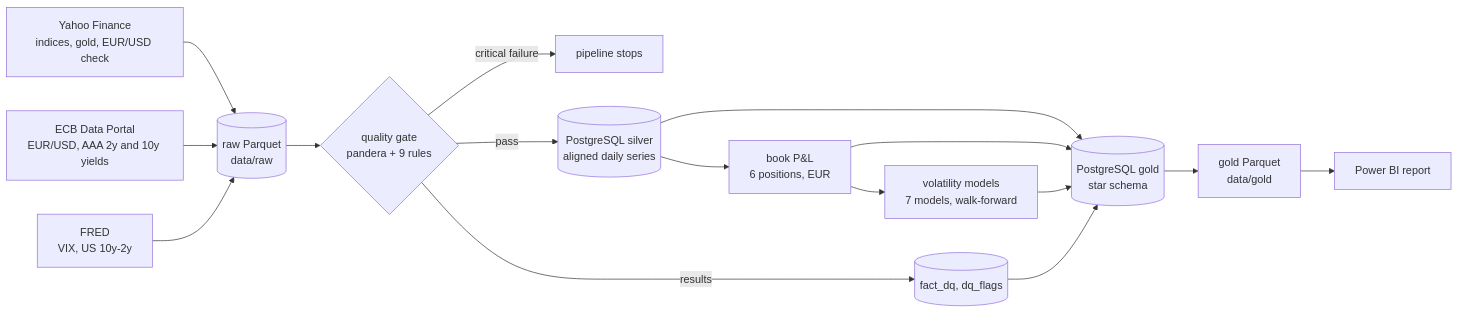
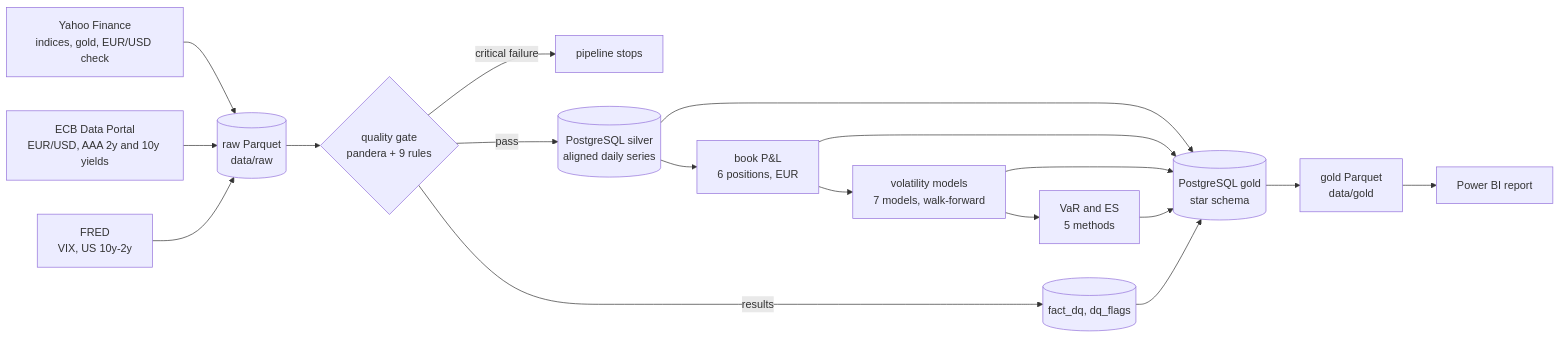
One commit to MedChahb/market_risk_monitor changed the diagram in README.md. Above: the diagram before and after it, drawn with Mermaid. The commit also changed other lines of this file and 2 other files, not shown here.

````diff
--- a/README.md
+++ b/README.md
@@ -11,18 +11,20 @@
 ```mermaid
 flowchart LR
     Y[Yahoo Finance<br/>indices, gold, EUR/USD check] --> R[(raw Parquet<br/>data/raw)]
     E[ECB Data Portal<br/>EUR/USD, AAA 2y and 10y yields] --> R
     F[FRED<br/>VIX, US 10y-2y] --> R
     R --> Q{quality gate<br/>pandera + 9 rules}
     Q -->|critical failure| X[pipeline stops]
     Q -->|results| DQ[(fact_dq, dq_flags)]
     Q -->|pass| S[(PostgreSQL silver<br/>aligned daily series)]
     S --> G[(PostgreSQL gold<br/>star schema)]
     S --> B[book P&L<br/>6 positions, EUR]
     B --> G
     B --> V[volatility models<br/>7 models, walk-forward]
     V --> G
+    V --> VR[VaR and ES<br/>5 methods]
+    VR --> G
     DQ --> G
     G --> P[gold Parquet<br/>data/gold]
     P --> BI[Power BI report]
 ```
````
